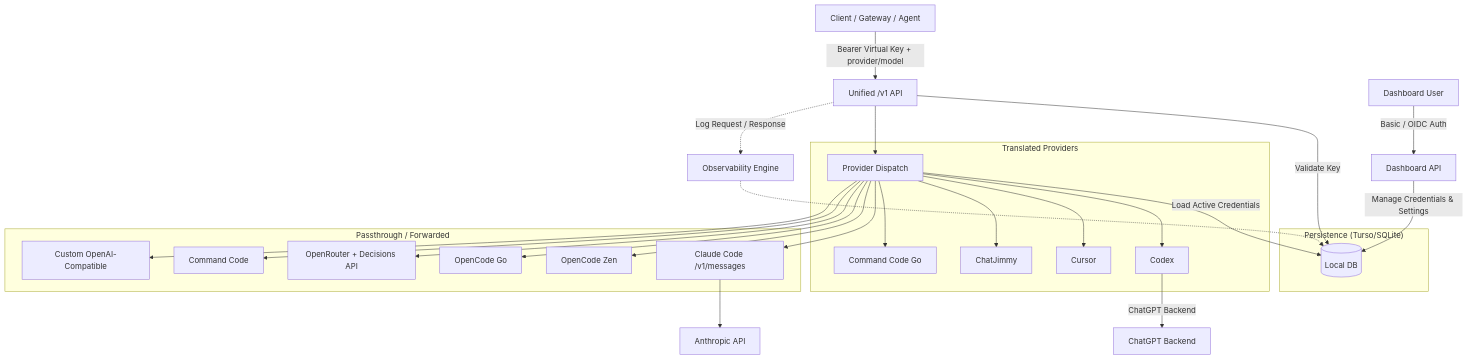
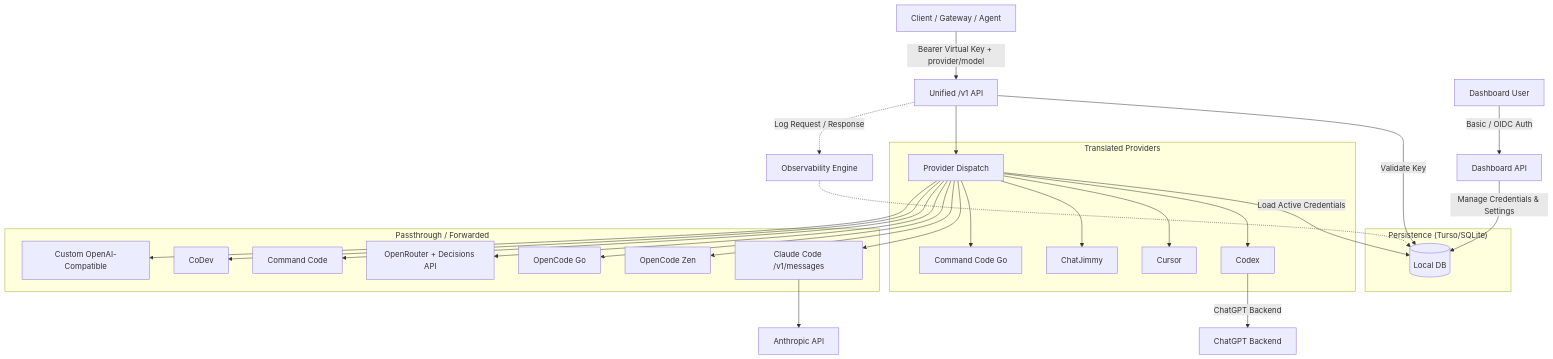
The first of 2 diagrams in docs/architecture.md (Delnegend/zero-g), drawn with Mermaid before and after one commit. The commit also changed 26 other files, not shown here.

````diff
--- a/docs/architecture.md
+++ b/docs/architecture.md
@@ -5,37 +5,38 @@
 ```mermaid
 flowchart TD
     Client[Client / Gateway / Agent] -->|Bearer Virtual Key + provider/model| V1["Unified /v1 API"]
     Admin[Dashboard User] -->|Basic / OIDC Auth| Dash[Dashboard API]
     
     subgraph Storage ["Persistence (Turso/SQLite)"]
         DB[(Local DB)]
     end
 
     V1 -->|Validate Key| DB
     Dash -->|Manage Credentials & Settings| DB
 
     V1 --> Dispatch[Provider Dispatch]
     Dispatch -->|Load Active Credentials| DB
 
     subgraph Translation ["Translated Providers"]
         Dispatch --> Codex[Codex]
         Dispatch --> Cursor[Cursor]
         Dispatch --> ChatJimmy[ChatJimmy]
         Dispatch --> CommandCodeGo[Command Code Go]
     end
 
     subgraph Passthrough ["Passthrough / Forwarded"]
         Dispatch --> Claude[Claude Code /v1/messages]
         Dispatch --> Zen[OpenCode Zen]
         Dispatch --> Go[OpenCode Go]
         Dispatch --> OpenRouter[OpenRouter + Decisions API]
         Dispatch --> CommandCode[Command Code]
+        Dispatch --> Codev[CoDev]
         Dispatch --> Custom[Custom OpenAI-Compatible]
     end
 
     Codex -->|ChatGPT Backend| OpenAI[ChatGPT Backend]
     Claude --> Anthropic[Anthropic API]
     
     V1 -.->|Log Request / Response| Logs[Observability Engine]
     Logs -.-> DB
 ```
````
